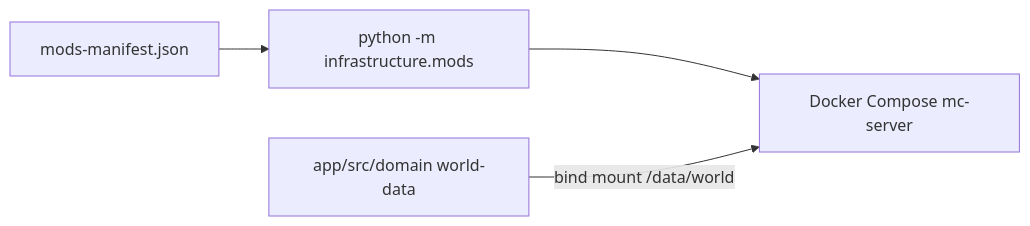
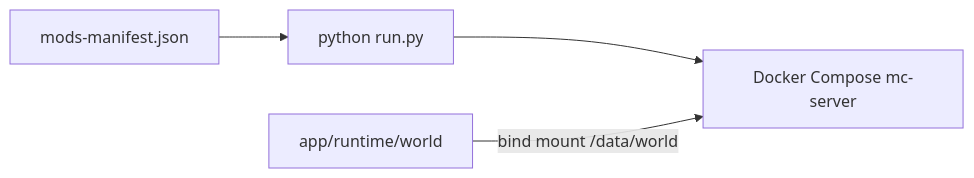
One commit to victorh-silveira/minecraft-core-server changed the second of 2 diagrams in docs/architecture.md. Above: the diagram before and after it, drawn with Mermaid. The commit also changed other lines of this file and 135 other files, not shown here.

````diff
--- a/docs/architecture.md
+++ b/docs/architecture.md
@@ -48,10 +48,10 @@
 ```mermaid
 flowchart LR
   manifest[mods-manifest.json]
-  sync[python -m infrastructure.mods]
+  sync[python run.py]
   compose[Docker Compose mc-server]
-  src[app/src/domain world-data]
+  runtime[app/runtime/world]
   manifest --> sync
   sync --> compose
-  src -->|bind mount /data/world| compose
+  runtime -->|bind mount /data/world| compose
 ```
````
